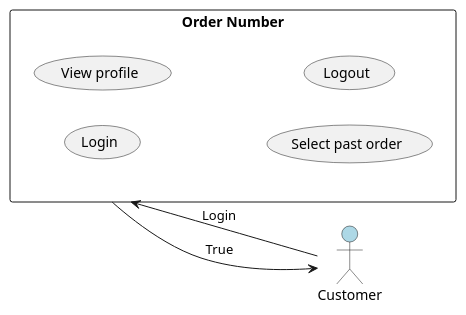
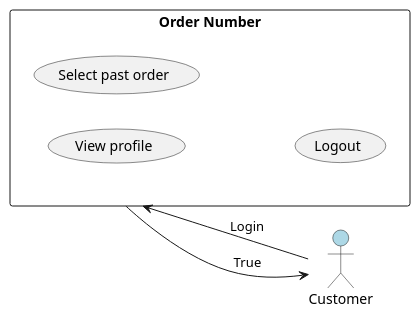
One commit to hsomotsiu/onlineStoreTemplate changed the diagram in docs/diagrams/sequences/OrderNumber.puml. Above: the diagram before and after it, drawn with PlantUML. The commit also changed 4 other files, not shown here.

```diff
--- a/docs/diagrams/sequences/OrderNumber.puml
+++ b/docs/diagrams/sequences/OrderNumber.puml
@@ -1,16 +1,15 @@
 @startuml Order_numberZK2
 left to right direction
 
 actor Customer as customer #lightblue
 
 rectangle "Order Number" as order_number {
-  (Login)
   (View profile)
   (Select past order)
   (Logout)
 }
 
 customer -> order_number: Login
 order_number --> customer: True
 
 @enduml
```
